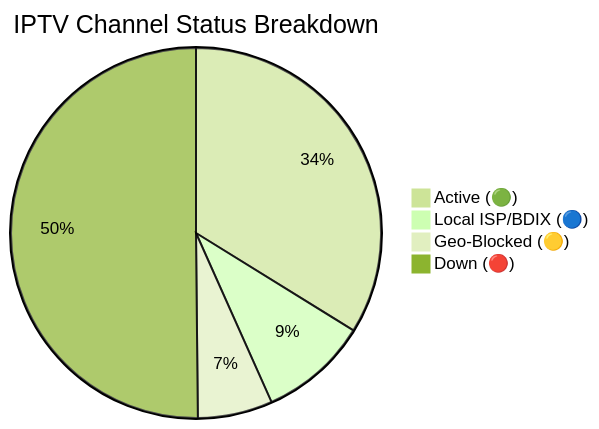
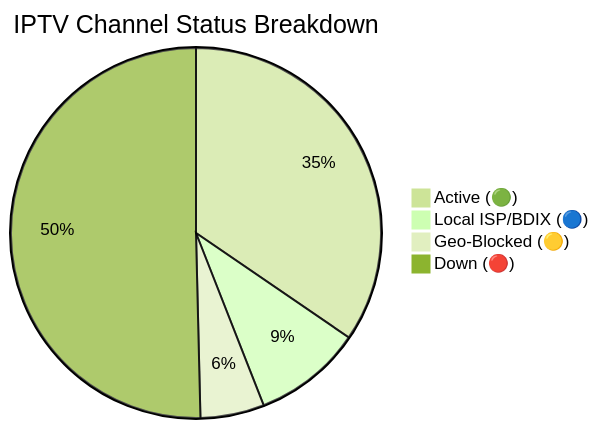
The diagram in README.md (Zaman-Topu/Ip-tv-Collection), drawn with Mermaid (forest theme) before and after one commit. The commit also changed other lines of this file and 1 other file, not shown here.

Commit message:
docs(readme): auto-update daily channel status chart

````diff
--- a/README.md
+++ b/README.md
@@ -59,7 +59,7 @@
 ```mermaid
 pie title IPTV Channel Status Breakdown
-    "Active (🟢)" : 2731
+    "Active (🟢)" : 2790
     "Local ISP/BDIX (🔵)" : 767
-    "Geo-Blocked (🟡)" : 527
-    "Down (🔴)" : 4051
+    "Geo-Blocked (🟡)" : 450
+    "Down (🔴)" : 4069
 ```
````
